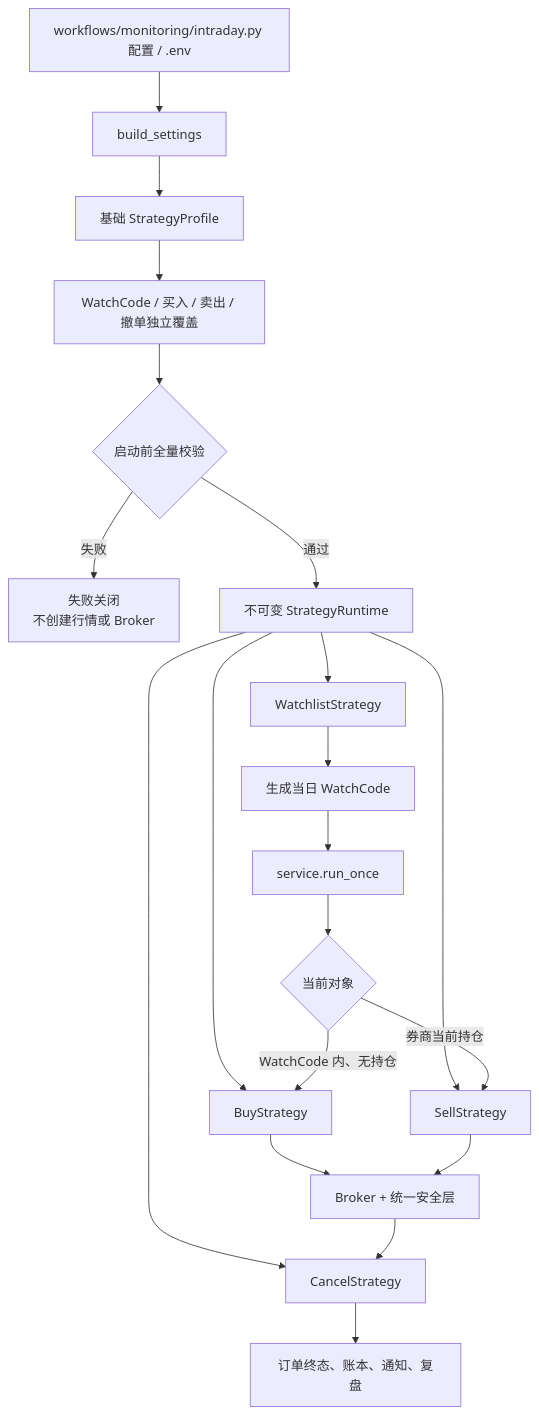
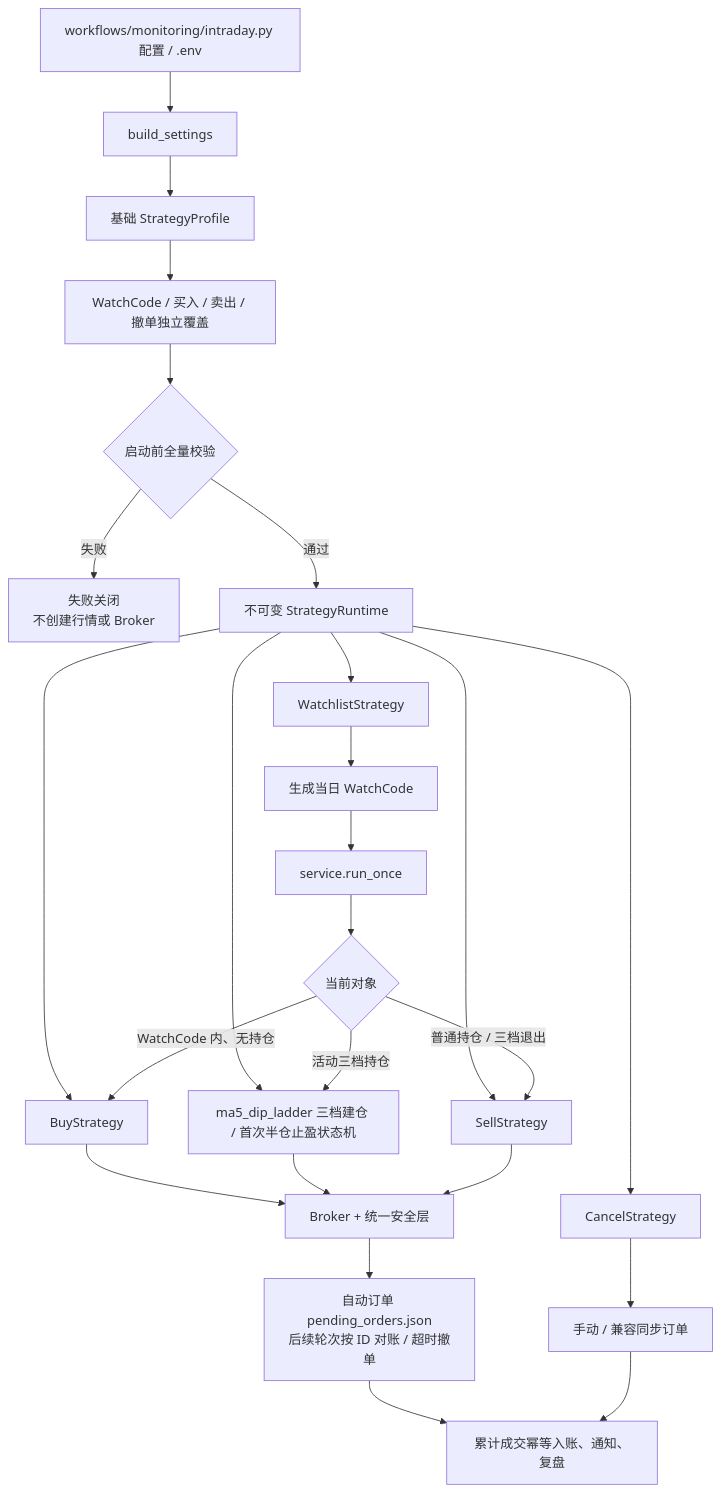
Before and after one commit to ZijianZhou0918/alpacaAutomation: the diagram in docs/architecture/strategy-framework.mmd, drawn with Mermaid. The commit also changed 59 other files, not shown here.

```diff
--- a/docs/architecture/strategy-framework.mmd
+++ b/docs/architecture/strategy-framework.mmd
@@ -1,22 +1,27 @@
 flowchart TD
     A["workflows/monitoring/intraday.py 配置 / .env"] --> B["build_settings"]
     B --> C["基础 StrategyProfile"]
     C --> D["WatchCode / 买入 / 卖出 / 撤单独立覆盖"]
     D --> E{"启动前全量校验"}
     E -- 失败 --> F["失败关闭<br/>不创建行情或 Broker"]
     E -- 通过 --> G["不可变 StrategyRuntime"]
 
     G --> W["WatchlistStrategy"]
     W --> WC["生成当日 WatchCode"]
     WC --> RT["service.run_once"]
 
     G --> U["BuyStrategy"]
     G --> S["SellStrategy"]
     G --> X["CancelStrategy"]
+    G --> L["ma5_dip_ladder 三档建仓 / 首次半仓止盈状态机"]
     RT --> CAND{"当前对象"}
     CAND -->|"WatchCode 内、无持仓"| U
-    CAND -->|"券商当前持仓"| S
+    CAND -->|"活动三档持仓"| L
+    CAND -->|"普通持仓 / 三档退出"| S
     U --> BR["Broker + 统一安全层"]
+    L --> BR
     S --> BR
-    BR --> X
-    X --> O["订单终态、账本、通知、复盘"]
+    BR --> P["自动订单 pending_orders.json<br/>后续轮次按 ID 对账 / 超时撤单"]
+    P --> O["累计成交幂等入账、通知、复盘"]
+    X --> M["手动 / 兼容同步订单"]
+    M --> O
```
